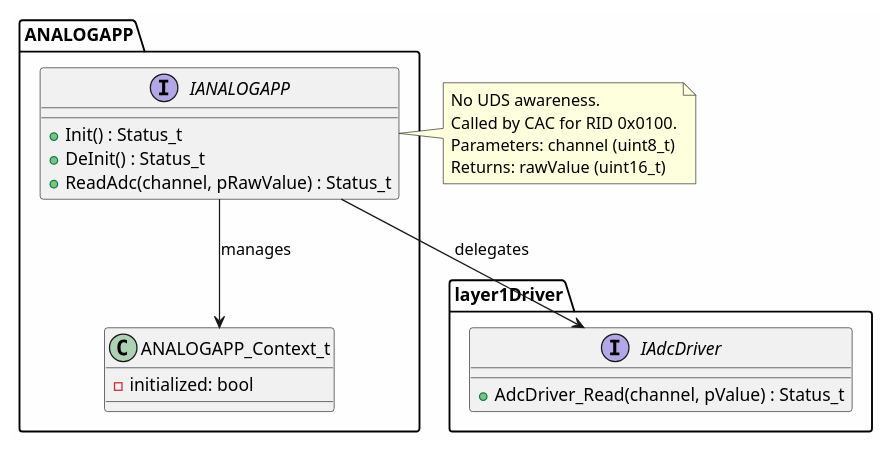
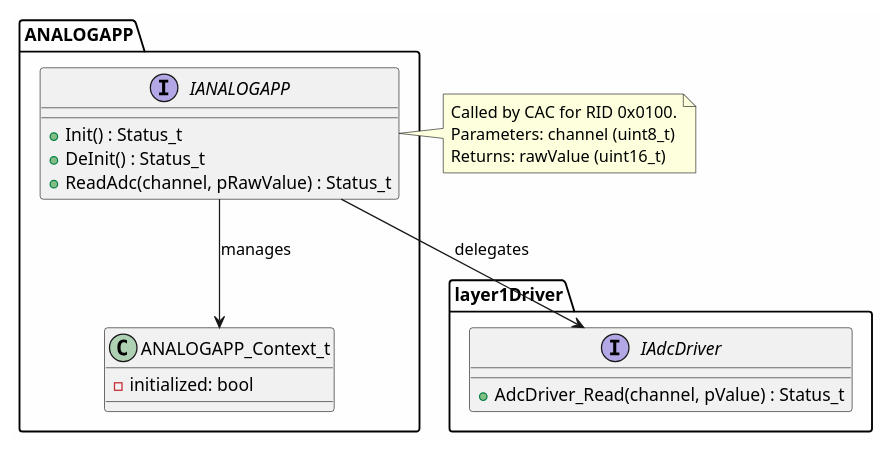
The diagram in 3_swComp/layer3Application/analogApp/2_design/analogAppStaticStructure.puml (LinhTrucVo/Bico_Protocol_Bridge), drawn with PlantUML before and after one commit. The commit also changed 12 other files, not shown here.

```diff
--- a/3_swComp/layer3Application/analogApp/2_design/analogAppStaticStructure.puml
+++ b/3_swComp/layer3Application/analogApp/2_design/analogAppStaticStructure.puml
@@ -1,32 +1,31 @@
 @startuml ANALOGAPPStaticStructure
 skinparam backgroundColor #FEFEFE
 
 package "ANALOGAPP" {
     interface IANALOGAPP {
         + Init() : Status_t
         + DeInit() : Status_t
         + ReadAdc(channel, pRawValue) : Status_t
     }
 
     class ANALOGAPP_Context_t {
         - initialized: bool
     }
 
     IANALOGAPP --> ANALOGAPP_Context_t : manages
 }
 
 package "layer1Driver" {
     interface IAdcDriver {
         + AdcDriver_Read(channel, pValue) : Status_t
     }
 }
 
 IANALOGAPP --> IAdcDriver : delegates
 
 note right of IANALOGAPP
-  No UDS awareness.
   Called by CAC for RID 0x0100.
   Parameters: channel (uint8_t)
   Returns: rawValue (uint16_t)
 end note
 @enduml
```
